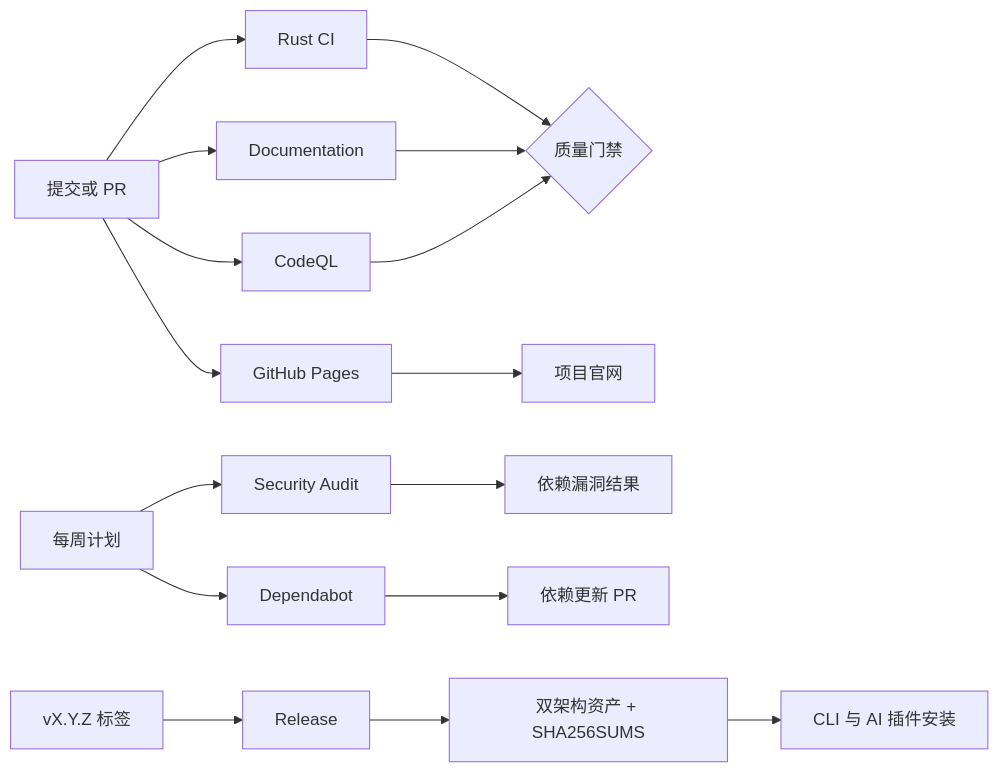
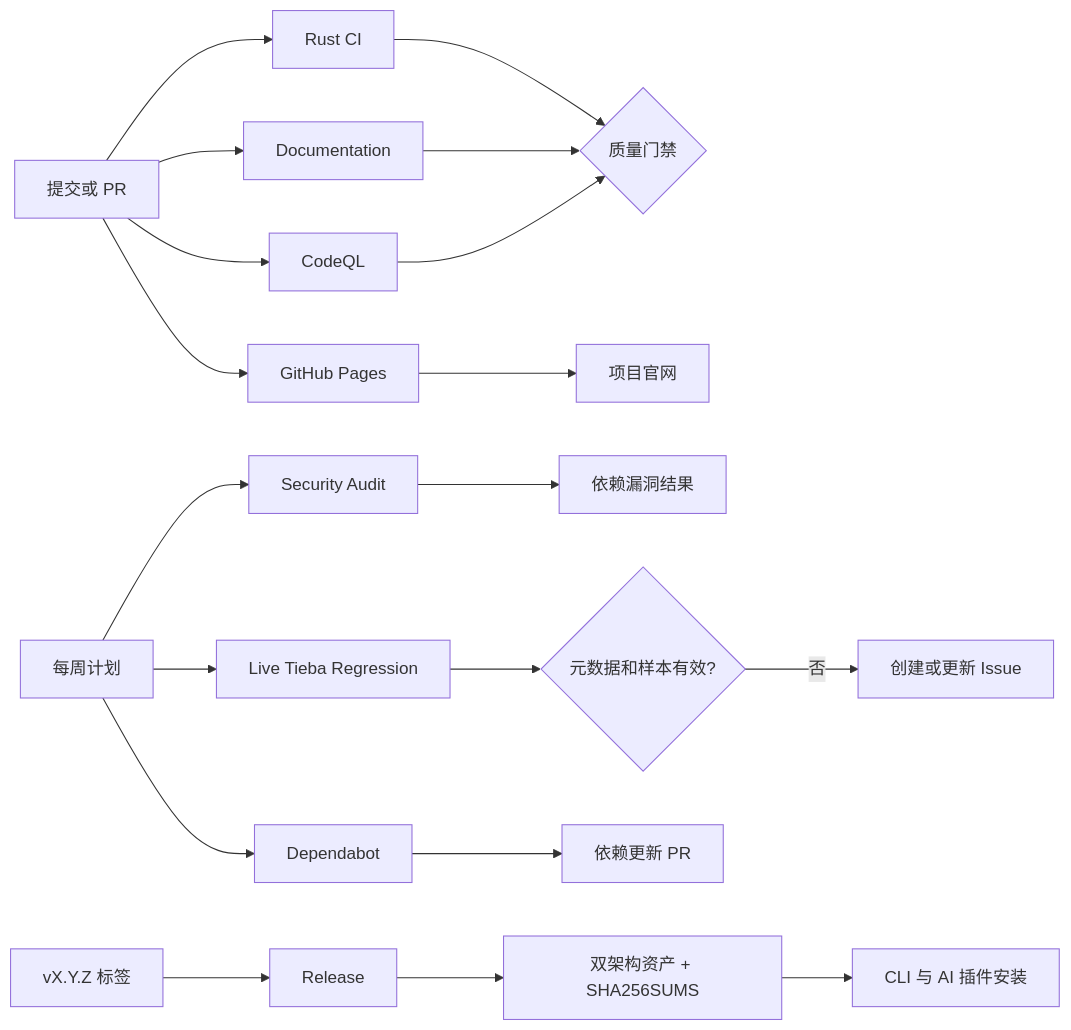
The first of 3 diagrams in docs/workflows.md (XieWeikai/tieba-image-downloader), drawn with Mermaid before and after one commit. The commit also changed other lines of this file and 29 other files, not shown here.

````diff
--- a/docs/workflows.md
+++ b/docs/workflows.md
@@ -9,18 +9,21 @@
 ```mermaid
 flowchart LR
     A[提交或 PR] --> B[Rust CI]
     A --> C[Documentation]
     A --> D[CodeQL]
     A --> P[GitHub Pages]
     S[每周计划] --> E[Security Audit]
+    S --> R[Live Tieba Regression]
     S --> F[Dependabot]
     T[vX.Y.Z 标签] --> G[Release]
     B --> H{质量门禁}
     C --> H
     D --> H
     E --> I[依赖漏洞结果]
     F --> J[依赖更新 PR]
     G --> K[双架构资产 + SHA256SUMS]
     K --> L[CLI 与 AI 插件安装]
     P --> W[项目官网]
+    R --> Q{元数据和样本有效?}
+    Q -- 否 --> U[创建或更新 Issue]
 ```
````
